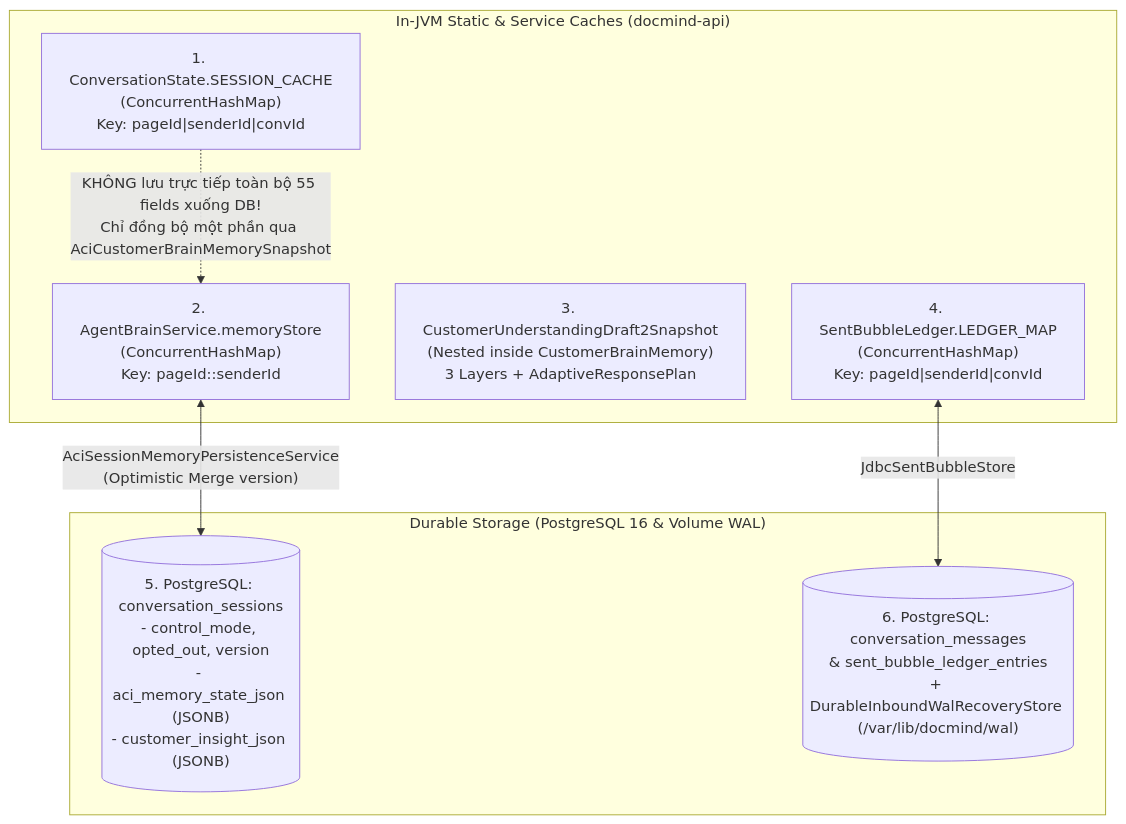
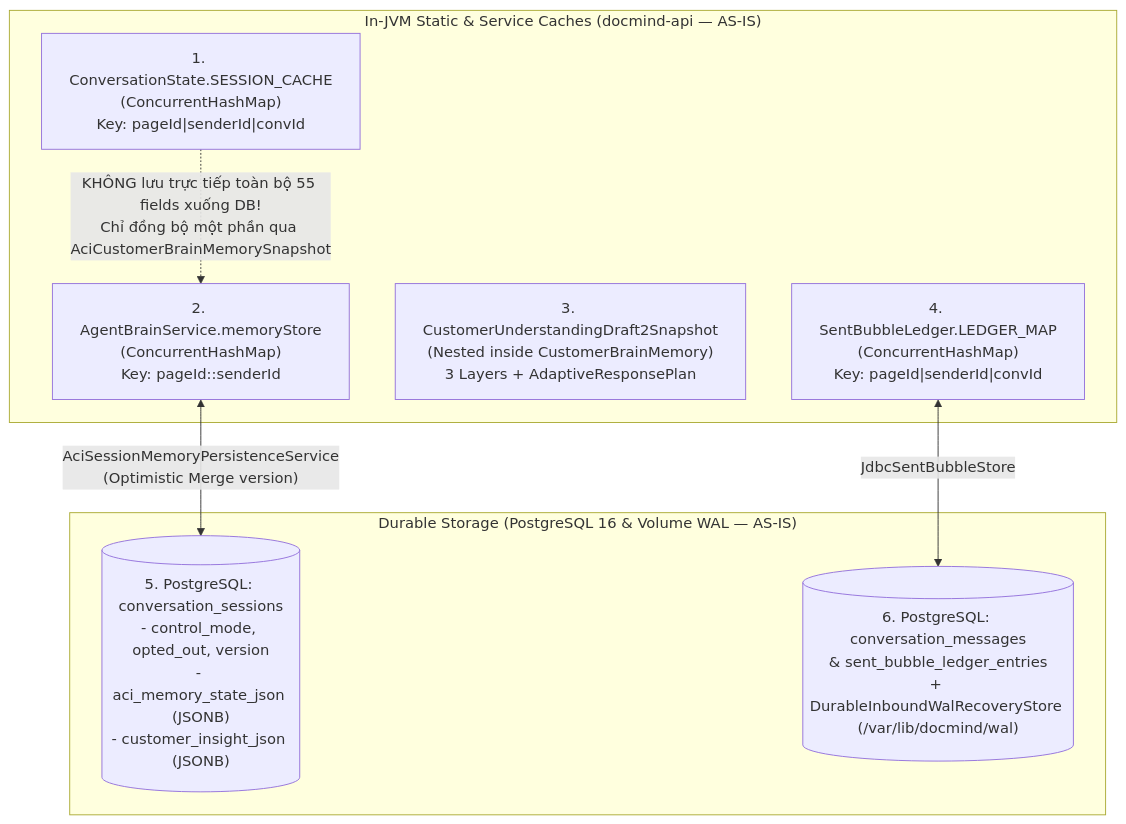
The diagram in docs/architecture/STATE_OWNERSHIP_MAP.md (datct98/docmind), drawn with Mermaid before and after one commit. The commit also changed other lines of this file and 15 other files, not shown here.

Commit message:
docs(p2): complete R1-R9 architecture lock refinements across all 16 design documents

````diff
--- a/docs/architecture/STATE_OWNERSHIP_MAP.md
+++ b/docs/architecture/STATE_OWNERSHIP_MAP.md
@@ -12,18 +16,18 @@
 ```mermaid
 flowchart TD
-    subgraph JVM_Memory["In-JVM Static & Service Caches (docmind-api)"]
+    subgraph JVM_Memory["In-JVM Static & Service Caches (docmind-api — AS-IS)"]
         CS["1. ConversationState.SESSION_CACHE\n(ConcurrentHashMap<String, SessionCacheEntry>)\nKey: pageId|senderId|convId"]
         AB["2. AgentBrainService.memoryStore\n(ConcurrentHashMap<String, CustomerBrainMemory>)\nKey: pageId::senderId"]
         D2["3. CustomerUnderstandingDraft2Snapshot\n(Nested inside CustomerBrainMemory)\n3 Layers + AdaptiveResponsePlan"]
         SBL["4. SentBubbleLedger.LEDGER_MAP\n(ConcurrentHashMap<String, SessionLedger>)\nKey: pageId|senderId|convId"]
     end
 
-    subgraph Persistent_Storage["Durable Storage (PostgreSQL 16 & Volume WAL)"]
+    subgraph Persistent_Storage["Durable Storage (PostgreSQL 16 & Volume WAL — AS-IS)"]
         PG_CS[("5. PostgreSQL: conversation_sessions\n- control_mode, opted_out, version\n- aci_memory_state_json (JSONB)\n- customer_insight_json (JSONB)")]
         PG_MSG[("6. PostgreSQL: conversation_messages\n& sent_bubble_ledger_entries\n+ DurableInboundWalRecoveryStore (/var/lib/docmind/wal)")]
     end
 
     AB <-->|"AciSessionMemoryPersistenceService\n(Optimistic Merge version)"| PG_CS
     SBL <-->|"JdbcSentBubbleStore"| PG_MSG
     CS -.->|"KHÔNG lưu trực tiếp toàn bộ 55 fields xuống DB!\nChỉ đồng bộ một phần qua AciCustomerBrainMemorySnapshot"| AB
 ```
````
